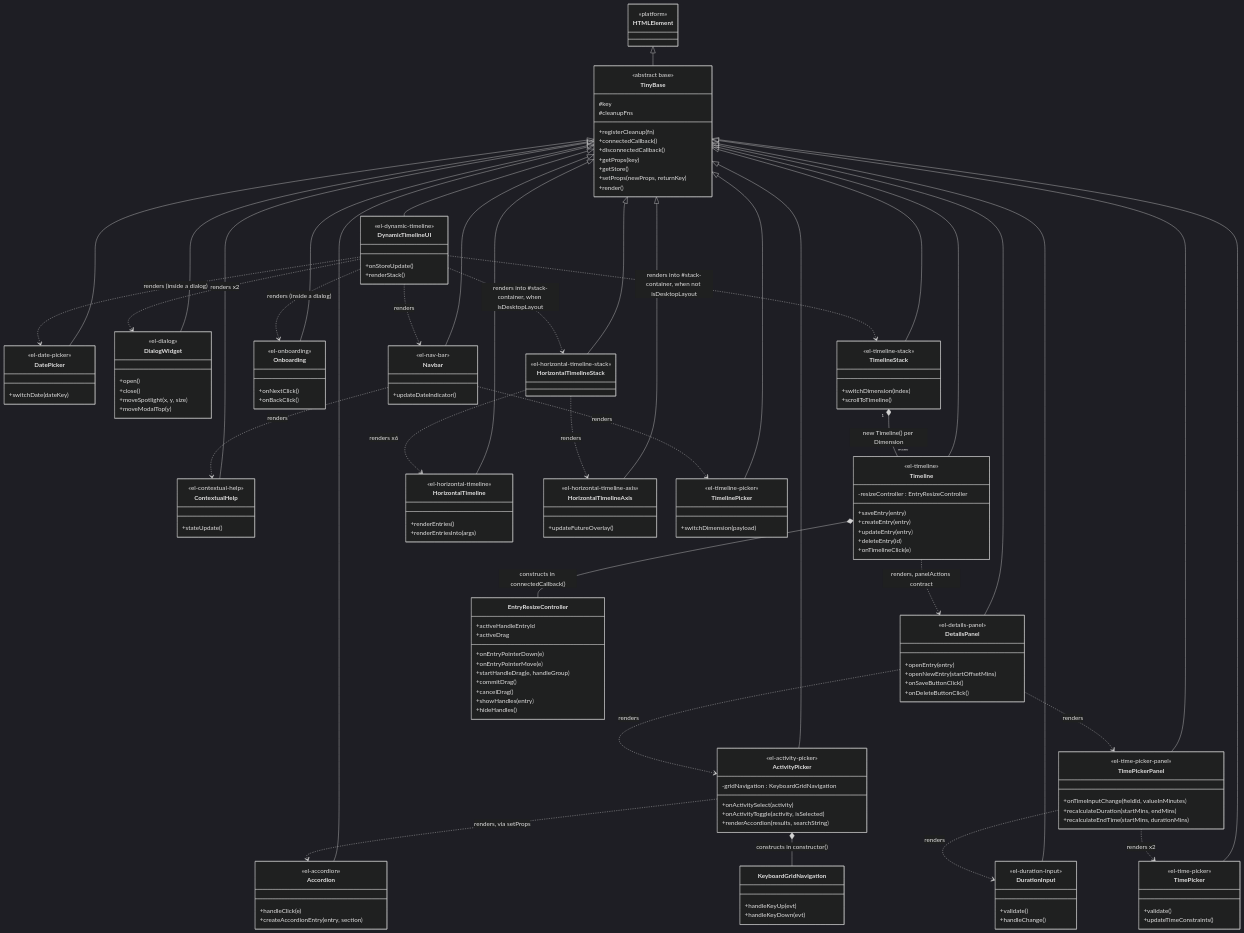
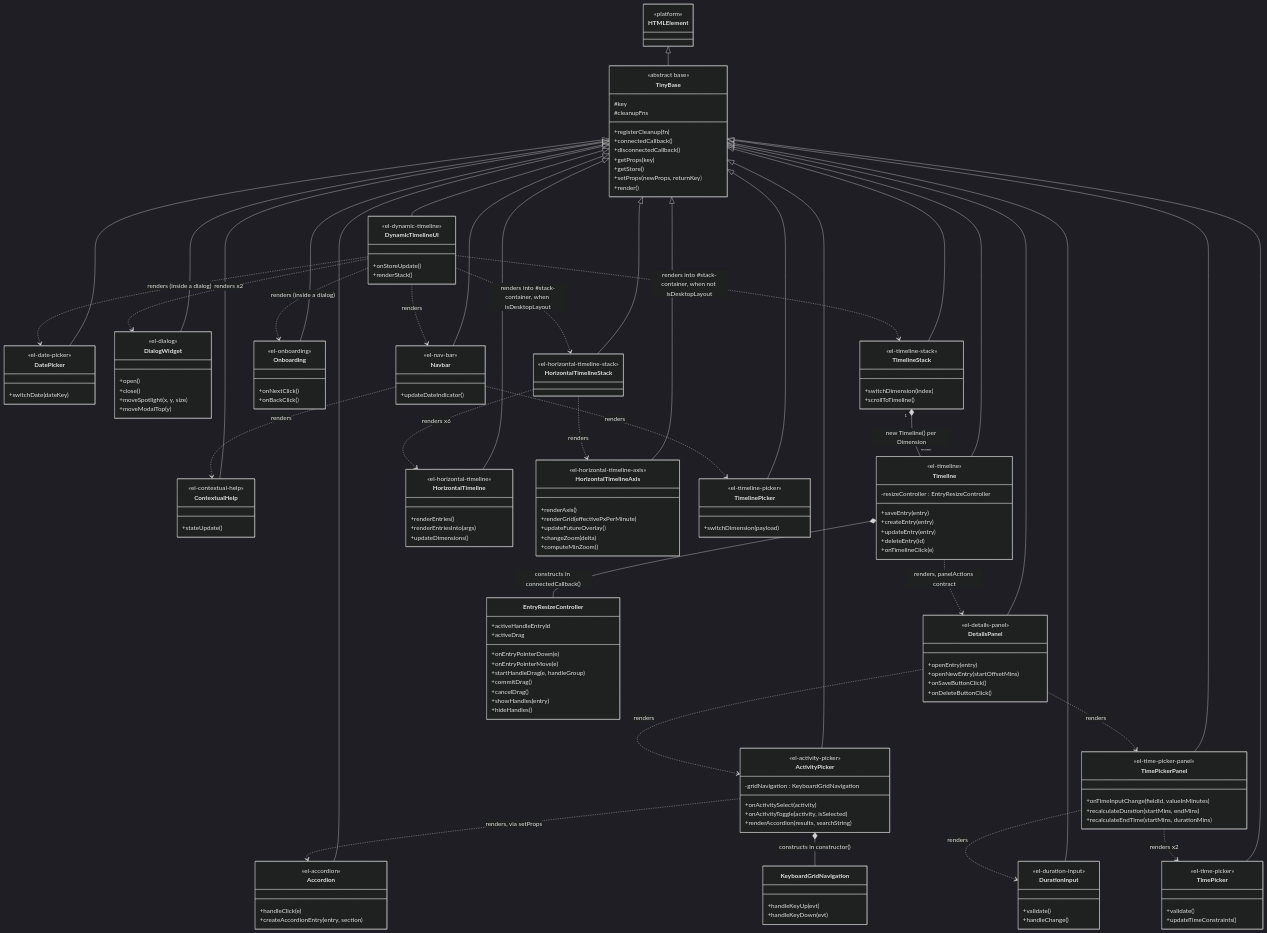
The diagram in src/components/CLASS_DIAGRAM.md (CentreforTimeUseResearch/ELiDDI), drawn with Mermaid (dark theme) before and after one commit. The commit also changed 15 other files, not shown here.

```diff
--- a/src/components/CLASS_DIAGRAM.md
+++ b/src/components/CLASS_DIAGRAM.md
@@ -104,11 +104,16 @@
         <<el-horizontal-timeline>>
         +renderEntries()
         +renderEntriesInto(args)
+        +updateDimensions()
     }
 
     class HorizontalTimelineAxis {
         <<el-horizontal-timeline-axis>>
+        +renderAxis()
+        +renderGrid(effectivePxPerMinute)
         +updateFutureOverlay()
+        +changeZoom(delta)
+        +computeMinZoom()
     }
 
     class HorizontalTimelineStack {
```
